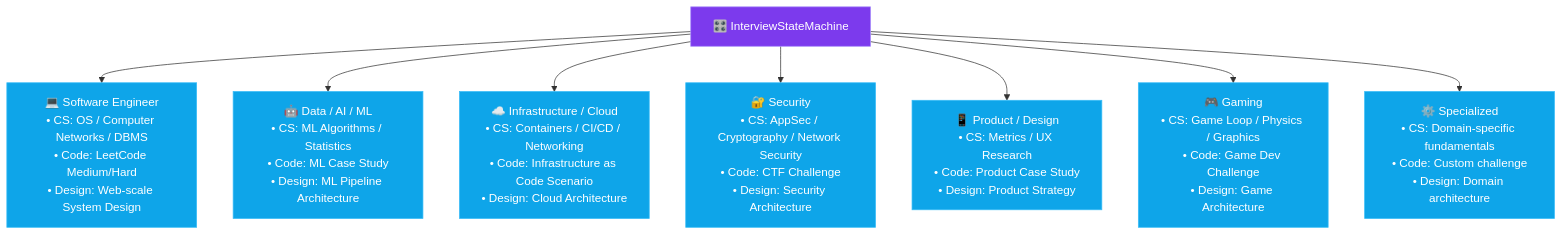
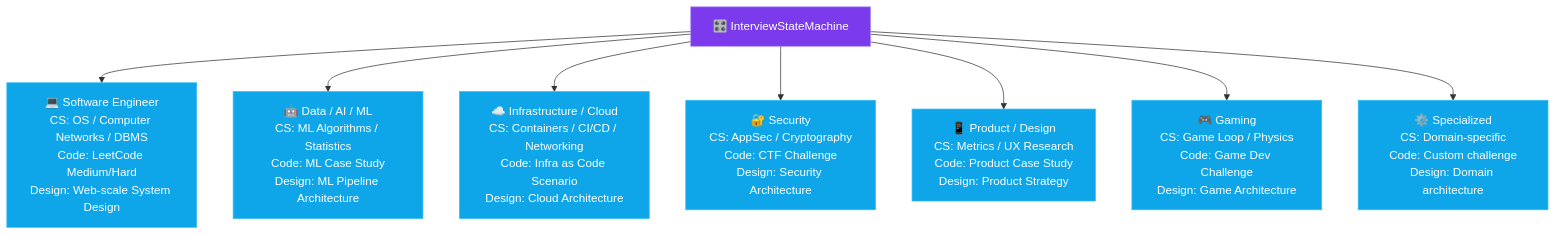
Before and after one commit to Anil-Pradhan-web/ai-career-mentor: the eighth of 35 diagrams in ARCHITECTURE.md, drawn with Mermaid. The commit also changed other lines of this file, not shown here.

Commit message:
fix: remove all JSON curly braces from Mermaid sequence diagrams, simplify state diagrams, replace classDef with inline styles for GitHub compatibility

````diff
--- a/ARCHITECTURE.md
+++ b/ARCHITECTURE.md
@@ -406,18 +392,18 @@
 ```mermaid
 graph TB
-    classDef fsm fill:#7c3aed,color:#fff,stroke:#a78bfa
-    classDef role fill:#0ea5e9,color:#fff,stroke:#38bdf8
+    classDef fsmCls fill:#7c3aed,color:#fff,stroke:#a78bfa
+    classDef roleCls fill:#0ea5e9,color:#fff,stroke:#38bdf8
 
     FSM["🎛️ InterviewStateMachine"]
     
-    FSM --> SWE["💻 Software Engineer<br/>• CS: OS / Computer Networks / DBMS<br/>• Code: LeetCode Medium/Hard<br/>• Design: Web-scale System Design"]
-    FSM --> DATA["🤖 Data / AI / ML<br/>• CS: ML Algorithms / Statistics<br/>• Code: ML Case Study<br/>• Design: ML Pipeline Architecture"]
-    FSM --> INFRA["☁️ Infrastructure / Cloud<br/>• CS: Containers / CI/CD / Networking<br/>• Code: Infrastructure as Code Scenario<br/>• Design: Cloud Architecture"]
-    FSM --> SEC["🔐 Security<br/>• CS: AppSec / Cryptography / Network Security<br/>• Code: CTF Challenge<br/>• Design: Security Architecture"]
-    FSM --> PM["📱 Product / Design<br/>• CS: Metrics / UX Research<br/>• Code: Product Case Study<br/>• Design: Product Strategy"]
-    FSM --> GAME["🎮 Gaming<br/>• CS: Game Loop / Physics / Graphics<br/>• Code: Game Dev Challenge<br/>• Design: Game Architecture"]
-    FSM --> SPEC["⚙️ Specialized<br/>• CS: Domain-specific fundamentals<br/>• Code: Custom challenge<br/>• Design: Domain architecture"]
+    FSM --> SWE["💻 Software Engineer<br/>CS: OS / Computer Networks / DBMS<br/>Code: LeetCode Medium/Hard<br/>Design: Web-scale System Design"]
+    FSM --> DATA["🤖 Data / AI / ML<br/>CS: ML Algorithms / Statistics<br/>Code: ML Case Study<br/>Design: ML Pipeline Architecture"]
+    FSM --> INFRA["☁️ Infrastructure / Cloud<br/>CS: Containers / CI/CD / Networking<br/>Code: Infra as Code Scenario<br/>Design: Cloud Architecture"]
+    FSM --> SEC["🔐 Security<br/>CS: AppSec / Cryptography<br/>Code: CTF Challenge<br/>Design: Security Architecture"]
+    FSM --> PM["📱 Product / Design<br/>CS: Metrics / UX Research<br/>Code: Product Case Study<br/>Design: Product Strategy"]
+    FSM --> GAME["🎮 Gaming<br/>CS: Game Loop / Physics<br/>Code: Game Dev Challenge<br/>Design: Game Architecture"]
+    FSM --> SPEC["⚙️ Specialized<br/>CS: Domain-specific<br/>Code: Custom challenge<br/>Design: Domain architecture"]
 
-    class FSM fsm
-    class SWE,DATA,INFRA,SEC,PM,GAME,SPEC role
+    class FSM fsmCls
+    class SWE,DATA,INFRA,SEC,PM,GAME,SPEC roleCls
 ```
````
